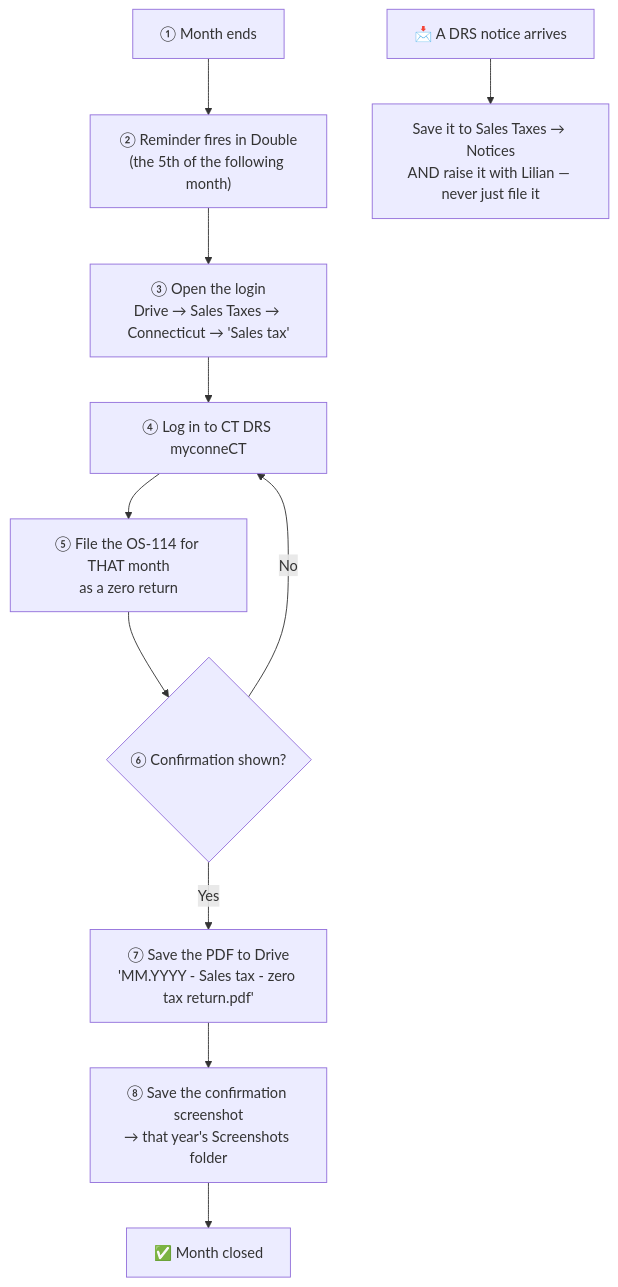
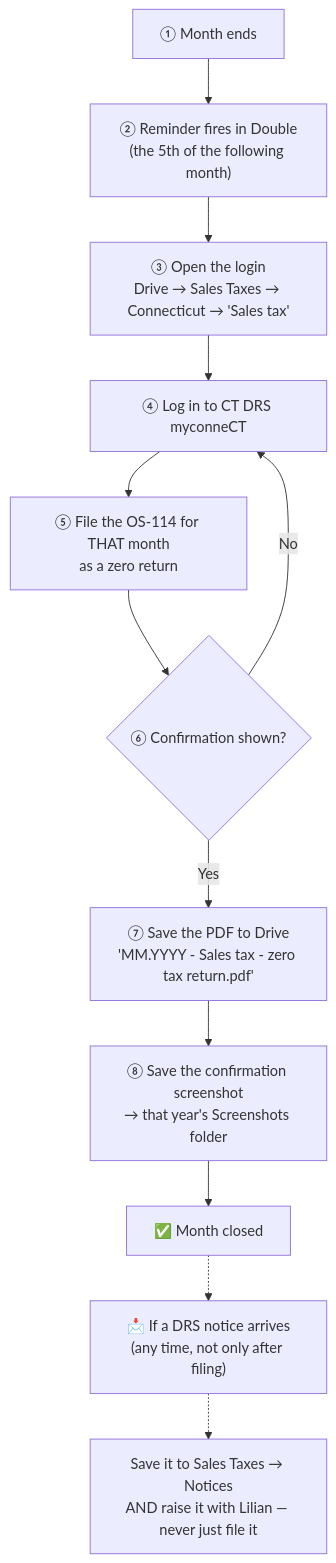
One commit to JuliaJKAcct/JKAccountingGroup changed the diagram in projects/sops/ecoorganic-ct-sales-tax.md. Above: the diagram before and after it, drawn with Mermaid. The commit also changed other lines of this file and 4 other files, not shown here.

````diff
--- a/projects/sops/ecoorganic-ct-sales-tax.md
+++ b/projects/sops/ecoorganic-ct-sales-tax.md
@@ -21,13 +26,14 @@
 ```mermaid
 flowchart TD
   A["① Month ends"] --> B["② Reminder fires in Double<br/>(the 5th of the following month)"]
   B --> C["③ Open the login<br/>Drive → Sales Taxes → Connecticut → 'Sales tax'"]
   C --> D["④ Log in to CT DRS myconneCT"]
   D --> E["⑤ File the OS-114 for THAT month<br/>as a zero return"]
   E --> F{"⑥ Confirmation shown?"}
   F -- "No" --> D
   F -- "Yes" --> G["⑦ Save the PDF to Drive<br/>'MM.YYYY - Sales tax - zero tax return.pdf'"]
   G --> H["⑧ Save the confirmation screenshot<br/>→ that year's Screenshots folder"]
   H --> I["✅ Month closed"]
-  J["📩 A DRS notice arrives"] --> K["Save it to Sales Taxes → Notices<br/>AND raise it with Lilian — never just file it"]
+  I -.-> J["📩 If a DRS notice arrives<br/>(any time, not only after filing)"]
+  J -.-> K["Save it to Sales Taxes → Notices<br/>AND raise it with Lilian — never just file it"]
 ```
````
